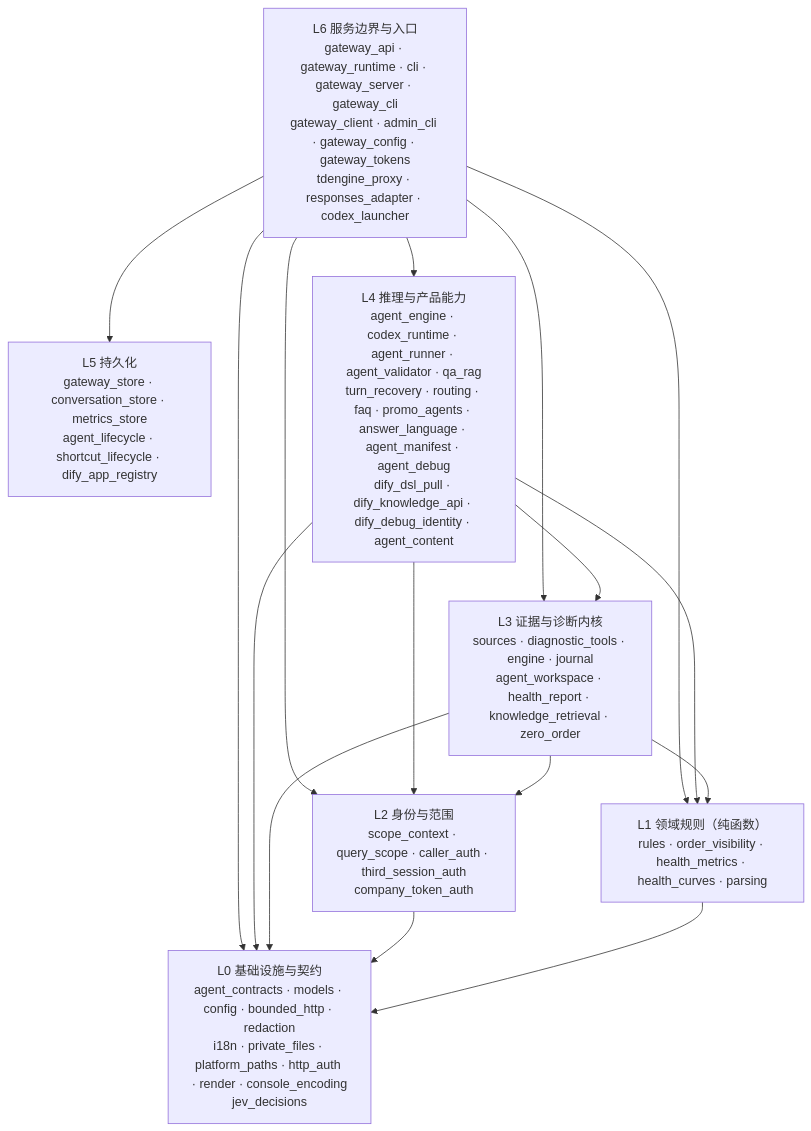
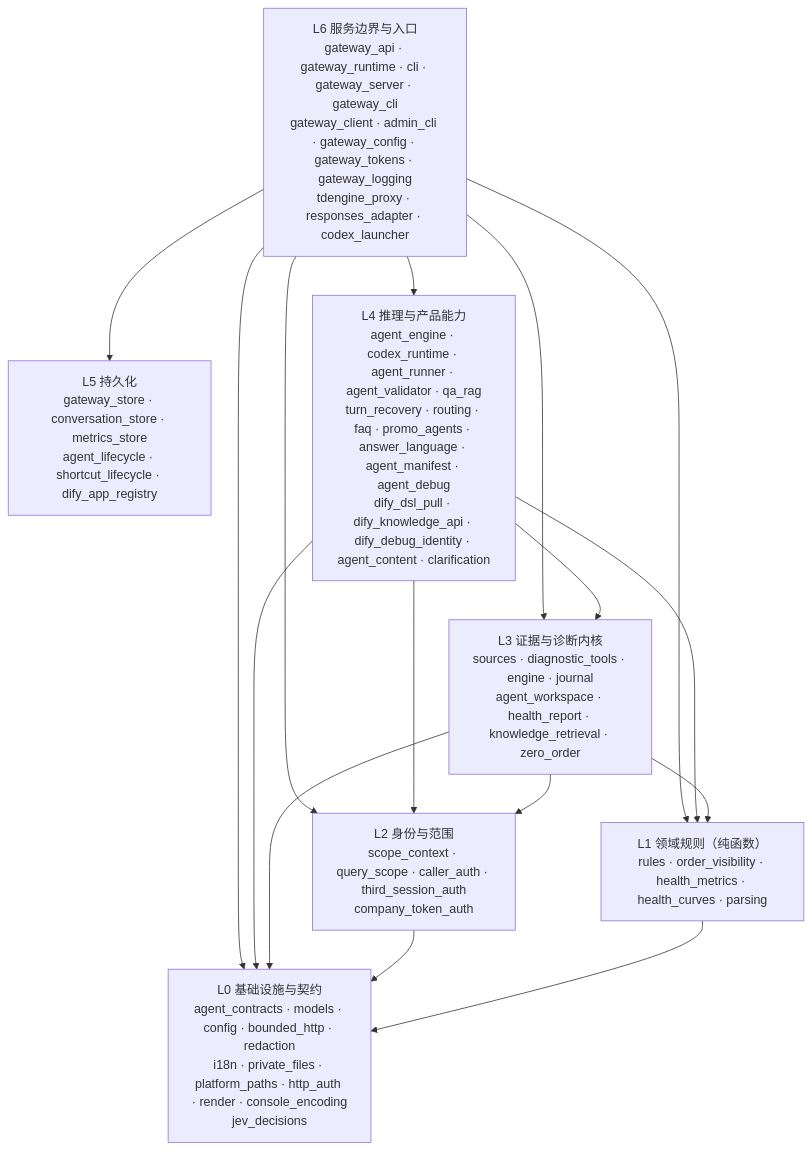
One commit to kilbertert/AI-Ops changed the diagram in README.md. Above: the diagram before and after it, drawn with Mermaid. The commit also changed other lines of this file and 13 other files, not shown here.

````diff
--- a/README.md
+++ b/README.md
@@ -183,26 +183,26 @@
 ```mermaid
 flowchart TB
-    L6["L6 服务边界与入口<br/>gateway_api · gateway_runtime · cli · gateway_server · gateway_cli<br/>gateway_client · admin_cli · gateway_config · gateway_tokens<br/>tdengine_proxy · responses_adapter · codex_launcher"]
+    L6["L6 服务边界与入口<br/>gateway_api · gateway_runtime · cli · gateway_server · gateway_cli<br/>gateway_client · admin_cli · gateway_config · gateway_tokens · gateway_logging<br/>tdengine_proxy · responses_adapter · codex_launcher"]
     L5["L5 持久化<br/>gateway_store · conversation_store · metrics_store<br/>agent_lifecycle · shortcut_lifecycle · dify_app_registry"]
-    L4["L4 推理与产品能力<br/>agent_engine · codex_runtime · agent_runner · agent_validator · qa_rag<br/>turn_recovery · routing · faq · promo_agents · answer_language · agent_manifest · agent_debug<br/>dify_dsl_pull · dify_knowledge_api · dify_debug_identity · agent_content"]
+    L4["L4 推理与产品能力<br/>agent_engine · codex_runtime · agent_runner · agent_validator · qa_rag<br/>turn_recovery · routing · faq · promo_agents · answer_language · agent_manifest · agent_debug<br/>dify_dsl_pull · dify_knowledge_api · dify_debug_identity · agent_content · clarification"]
     L3["L3 证据与诊断内核<br/>sources · diagnostic_tools · engine · journal<br/>agent_workspace · health_report · knowledge_retrieval · zero_order"]
     L2["L2 身份与范围<br/>scope_context · query_scope · caller_auth · third_session_auth<br/>company_token_auth"]
     L1["L1 领域规则（纯函数）<br/>rules · order_visibility · health_metrics · health_curves · parsing"]
     L0["L0 基础设施与契约<br/>agent_contracts · models · config · bounded_http · redaction<br/>i18n · private_files · platform_paths · http_auth · render · console_encoding<br/>jev_decisions"]
 
     L6 --> L5
     L6 --> L4
     L6 --> L3
     L6 --> L2
     L6 --> L1
     L6 --> L0
     L4 --> L3
     L4 --> L2
     L4 --> L1
     L4 --> L0
     L3 --> L2
     L3 --> L1
     L3 --> L0
     L2 --> L0
     L1 --> L0
 ```
````
